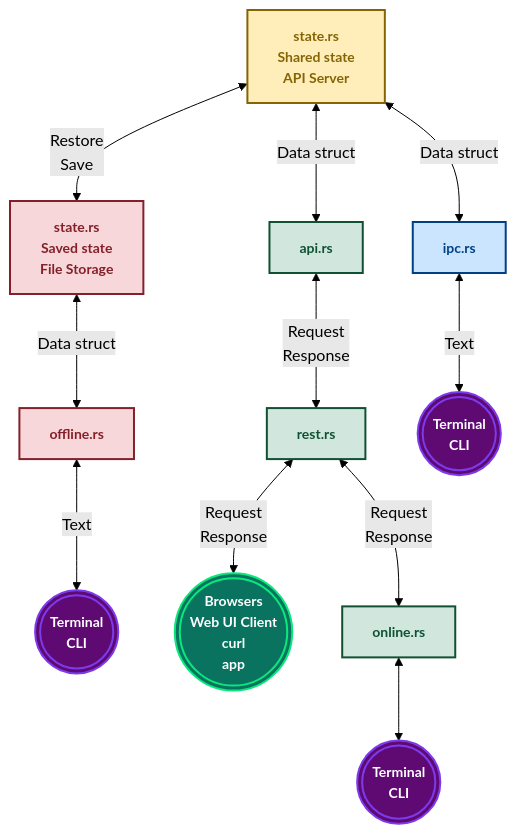
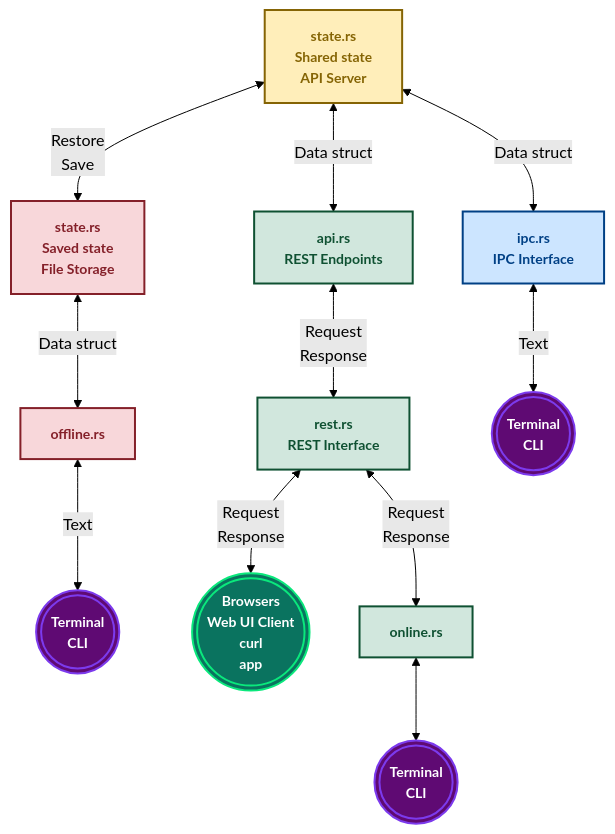
Before and after one commit to flengure/xtrade: the diagram in src/bot/api/README.md, drawn with Mermaid (forest theme).

Commit message:
test readme9

````diff
--- a/src/bot/api/README.md
+++ b/src/bot/api/README.md
@@ -3,36 +3,36 @@
 ```mermaid
 flowchart TD
 
     S1[state.rs<br>Shared state<br>API Server]:::core
     S2[state.rs<br>Saved state<br>File Storage]:::offline
 
-    A1[api.rs]:::online
-    R1[rest.rs]:::online
+    A1[api.rs<br>REST Endpoints]:::online
+    R1[rest.rs<br>REST Interface]:::online
 
     ON[online.rs]:::online
     OF[offline.rs]:::offline
     F1(((Terminal<br>CLI))):::terminal
     F2(((Terminal<br>CLI))):::terminal
     F3(((Terminal<br>CLI))):::terminal
     G(((Browsers<br>Web UI Client<br>curl<br>app))):::browser
-    I1[ipc.rs]:::ipc
+    I1[ipc.rs<br>IPC Interface]:::ipc
 
 	S1 <-- Restore<br>Save --> S2
     S1 <-- Data struct --> A1
     S1 <-- Data struct --> I1
     S2 <-- Data struct --> OF
     OF <-- Text --> F2
 
-    A1 <-- Request\nResponse --> R1
-    R1 <-- Request\nResponse --> G
-    R1 <-- Request\nResponse --> ON
+    A1 <-- Request<br>Response --> R1
+    R1 <-- Request<br>Response --> G
+    R1 <-- Request<br>Response --> ON
     I1 <-- Text --> F3
     ON <--> F1
 
     classDef core fill:#ffeeba,stroke:#856404,stroke-width:2px,font-size:14px,color:#856404,font-weight:bold;
     classDef online fill:#d1e7dd,stroke:#0f5132,stroke-width:2px,font-size:14px,color:#0f5132,font-weight:bold;
     classDef offline fill:#f8d7da,stroke:#842029,stroke-width:2px,font-size:14px,color:#842029,font-weight:bold;
     classDef ipc fill:#cce5ff,stroke:#004085,stroke-width:2px,font-size:14px,color:#004085,font-weight:bold;
     classDef browser fill:#0a735f,stroke:#0ae87c,stroke-width:2px,font-size:14px,color:#ffffff,font-weight:bold;
     classDef terminal fill:#5f0a73,stroke:#7c3aed,stroke-width:2px,font-size:14px,color:#ffffff,font-weight:bold;
 ```
````
